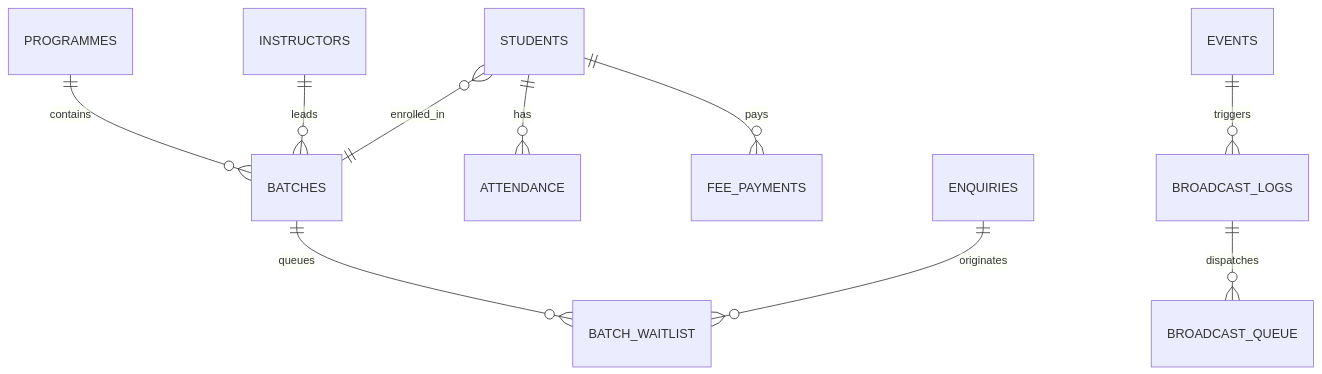
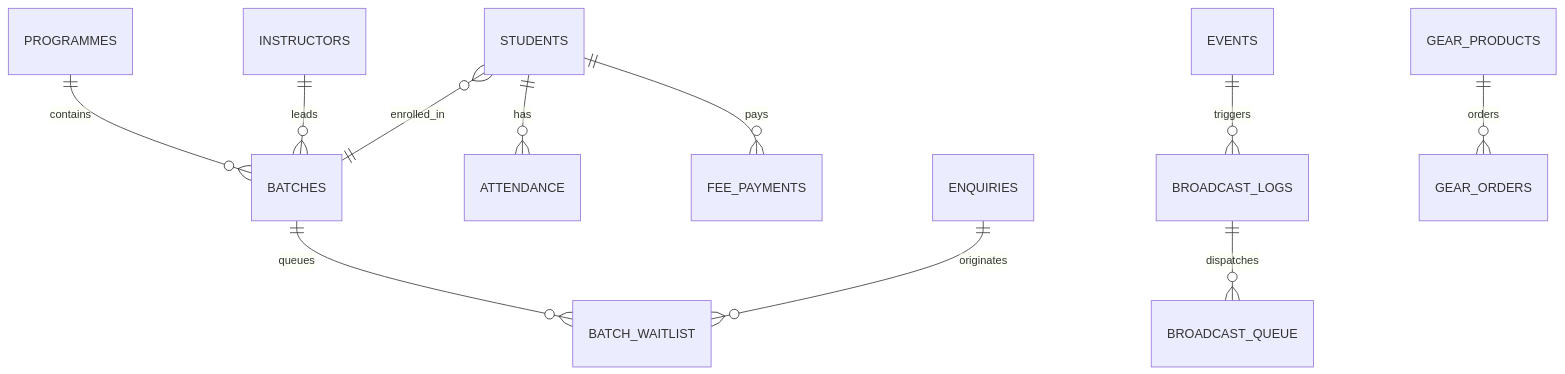
One commit to aweswe/Dance-Studio changed the diagram in AGENTS.md. Above: the diagram before and after it, drawn with Mermaid. The commit also changed other lines of this file and 105 other files, not shown here.

````diff
--- a/AGENTS.md
+++ b/AGENTS.md
@@ -224,12 +237,13 @@
 ```mermaid
 erDiagram
     PROGRAMMES ||--o{ BATCHES : contains
     INSTRUCTORS ||--o{ BATCHES : leads
     STUDENTS }o--|| BATCHES : enrolled_in
     STUDENTS ||--o{ ATTENDANCE : has
     STUDENTS ||--o{ FEE_PAYMENTS : pays
     BATCHES ||--o{ BATCH_WAITLIST : queues
     ENQUIRIES ||--o{ BATCH_WAITLIST : originates
     EVENTS ||--o{ BROADCAST_LOGS : triggers
     BROADCAST_LOGS ||--o{ BROADCAST_QUEUE : dispatches
+    GEAR_PRODUCTS ||--o{ GEAR_ORDERS : orders
 ```
````
